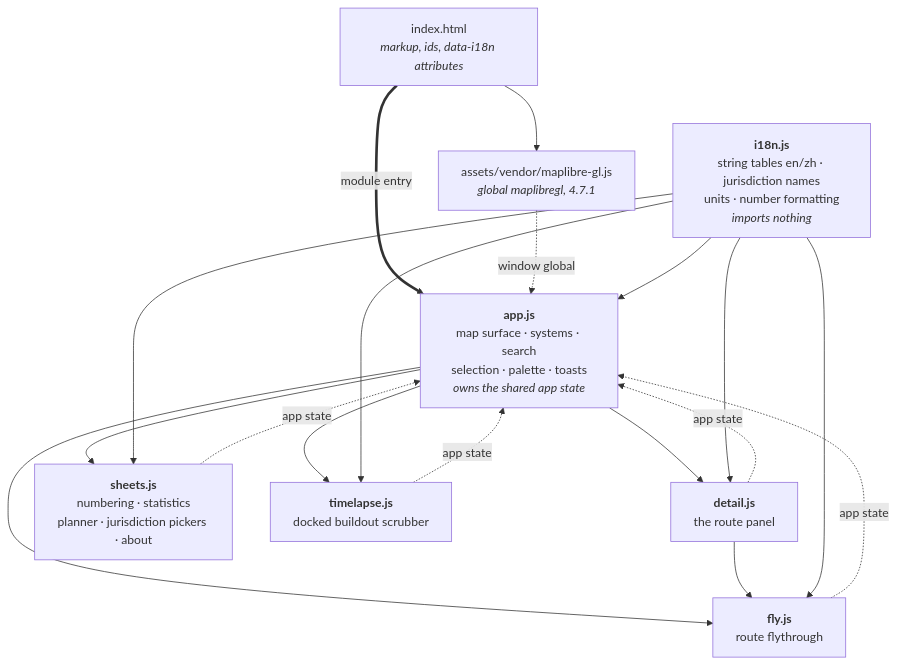
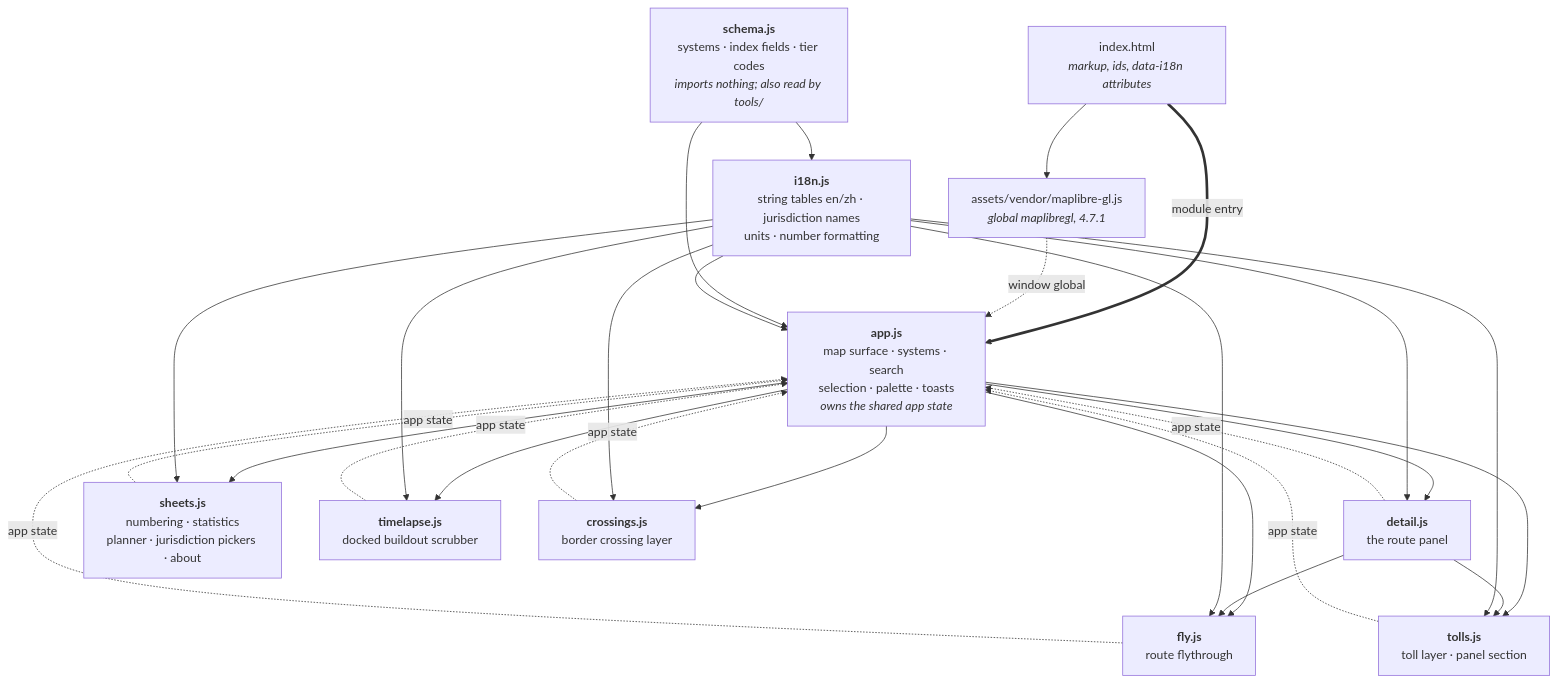
Before and after one commit to AndyUneducated/interstate-atlas: the fourth of 5 diagrams in docs/ARCHITECTURE.md, drawn with Mermaid. The commit also changed other lines of this file, not shown here.

Commit message:
Architecture: three countries, nine modules, the crossing and toll layers, and the three kinds of figure ACCURACY.md describes

````diff
--- a/docs/ARCHITECTURE.md
+++ b/docs/ARCHITECTURE.md
@@ -425,32 +463,44 @@
 ```mermaid
 flowchart TD
   HTML["index.html<br/><i>markup, ids, data-i18n attributes</i>"]
   MLGL["assets/vendor/maplibre-gl.js<br/><i>global maplibregl, 4.7.1</i>"]
   APP["<b>app.js</b><br/>map surface · systems · search<br/>selection · palette · toasts<br/><i>owns the shared app state</i>"]
-  I18N["<b>i18n.js</b><br/>string tables en/zh · jurisdiction names<br/>units · number formatting<br/><i>imports nothing</i>"]
+  SCH["<b>schema.js</b><br/>systems · index fields · tier codes<br/><i>imports nothing; also read by tools/</i>"]
+  I18N["<b>i18n.js</b><br/>string tables en/zh · jurisdiction names<br/>units · number formatting"]
   DET["<b>detail.js</b><br/>the route panel"]
   SH["<b>sheets.js</b><br/>numbering · statistics<br/>planner · jurisdiction pickers · about"]
   TL["<b>timelapse.js</b><br/>docked buildout scrubber"]
   FLY["<b>fly.js</b><br/>route flythrough"]
+  XG["<b>crossings.js</b><br/>border crossing layer"]
+  TO["<b>tolls.js</b><br/>toll layer · panel section"]
 
   HTML --> MLGL
   HTML ==>|"module entry"| APP
   MLGL -.->|"window global"| APP
 
   APP --> DET
   APP --> SH
   APP --> TL
   APP --> FLY
+  APP --> XG
+  APP --> TO
   DET --> FLY
+  DET --> TO
 
   DET -.->|"app state"| APP
   SH -.->|"app state"| APP
   TL -.->|"app state"| APP
   FLY -.->|"app state"| APP
+  XG -.->|"app state"| APP
+  TO -.->|"app state"| APP
 
+  SCH --> I18N
+  SCH --> APP
   I18N --> APP
   I18N --> DET
   I18N --> SH
   I18N --> TL
   I18N --> FLY
+  I18N --> XG
+  I18N --> TO
 ```
````
